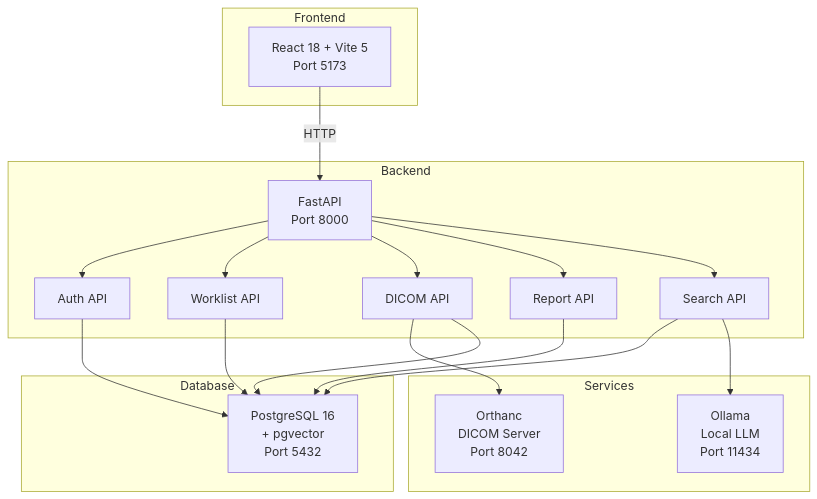
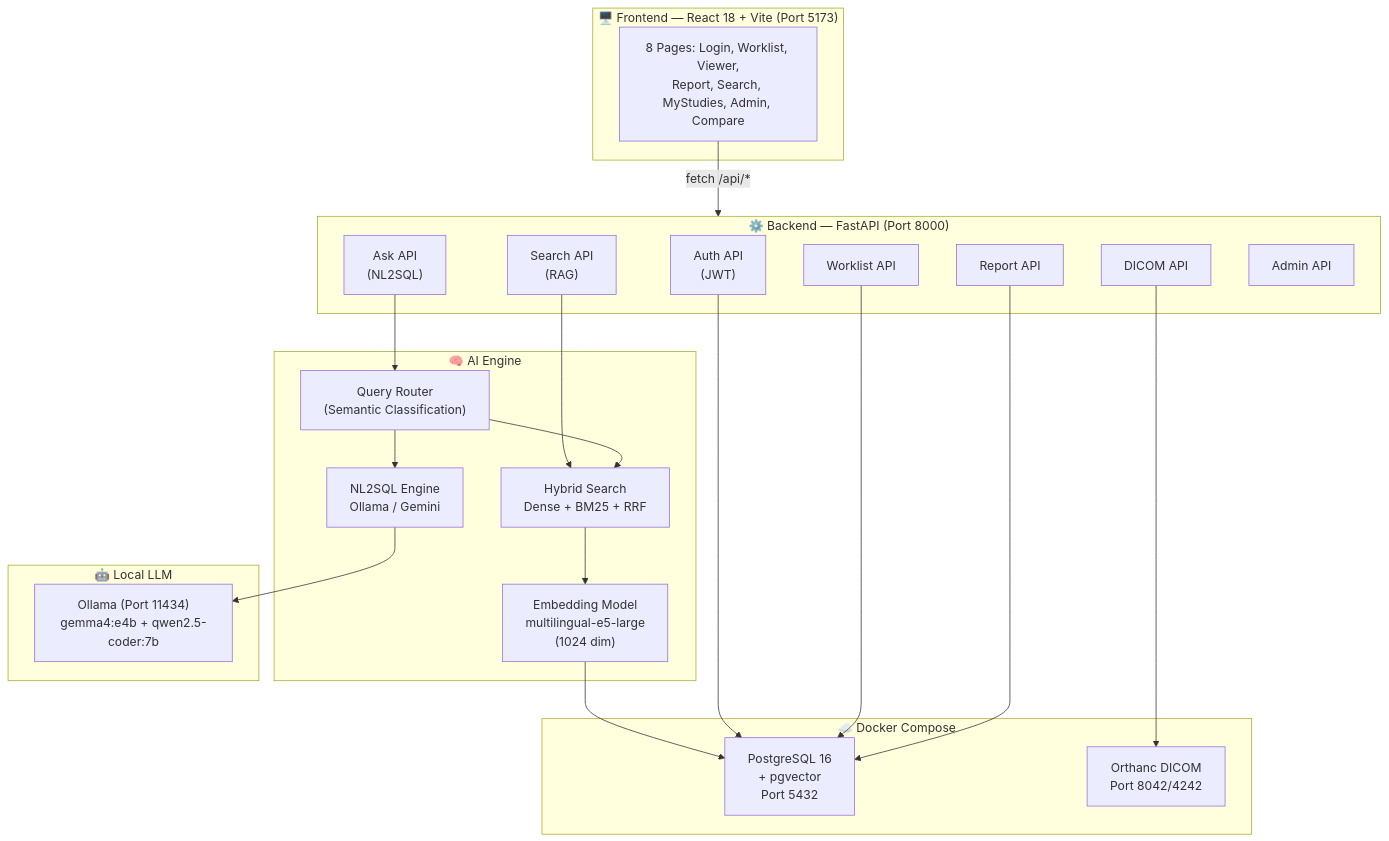
One commit to HoangDLongg/pacs-long changed the first of 4 diagrams in README.md. Above: the diagram before and after it, drawn with Mermaid. The commit also changed other lines of this file and 10 other files, not shown here.

````diff
--- a/README.md
+++ b/README.md
@@ -25,39 +26,45 @@
 ```mermaid
 graph TB
-    subgraph Frontend
-        FE["React 18 + Vite 5<br/>Port 5173"]
+    subgraph Frontend["🖥️ Frontend — React 18 + Vite (Port 5173)"]
+        FE["8 Pages: Login, Worklist, Viewer,<br/>Report, Search, MyStudies, Admin, Compare"]
     end
 
-    subgraph Backend
-        API["FastAPI<br/>Port 8000"]
-        AUTH["Auth API"]
+    subgraph Backend["⚙️ Backend — FastAPI (Port 8000)"]
+        AUTH["Auth API<br/>(JWT)"]
         WL["Worklist API"]
         DICOM_API["DICOM API"]
         REPORT["Report API"]
-        SEARCH["Search API"]
+        SEARCH["Search API<br/>(RAG)"]
+        ASK["Ask API<br/>(NL2SQL)"]
+        ADMIN_API["Admin API"]
     end
 
-    subgraph Database
-        PG["PostgreSQL 16<br/>+ pgvector<br/>Port 5432"]
+    subgraph AI["🧠 AI Engine"]
+        EMB["Embedding Model<br/>multilingual-e5-large<br/>(1024 dim)"]
+        ROUTER["Query Router<br/>(Semantic Classification)"]
+        RAG["Hybrid Search<br/>Dense + BM25 + RRF"]
+        NL2SQL["NL2SQL Engine<br/>Ollama / Gemini"]
     end
 
-    subgraph Services
-        ORTHANC["Orthanc<br/>DICOM Server<br/>Port 8042"]
-        OLLAMA["Ollama<br/>Local LLM<br/>Port 11434"]
+    subgraph Infrastructure["☁️ Docker Compose"]
+        PG["PostgreSQL 16<br/>+ pgvector<br/>Port 5432"]
+        ORTHANC["Orthanc DICOM<br/>Port 8042/4242"]
     end
 
-    FE -->|HTTP| API
-    API --> AUTH
-    API --> WL
-    API --> DICOM_API
-    API --> REPORT
-    API --> SEARCH
+    subgraph LLM["🤖 Local LLM"]
+        OLLAMA["Ollama (Port 11434)<br/>gemma4:e4b + qwen2.5-coder:7b"]
+    end
 
+    FE -->|"fetch /api/*"| Backend
+    SEARCH --> RAG
+    ASK --> ROUTER
+    ROUTER --> NL2SQL
+    ROUTER --> RAG
+    RAG --> EMB
+    NL2SQL --> OLLAMA
+    EMB --> PG
+    DICOM_API --> ORTHANC
     AUTH --> PG
     WL --> PG
     REPORT --> PG
-    DICOM_API --> ORTHANC
-    DICOM_API --> PG
-    SEARCH --> PG
-    SEARCH --> OLLAMA
 ```
````
